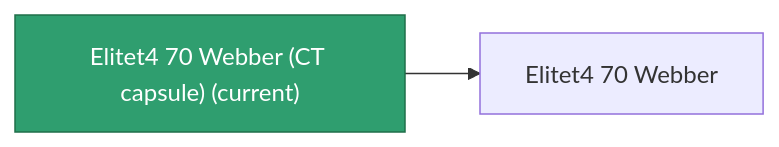
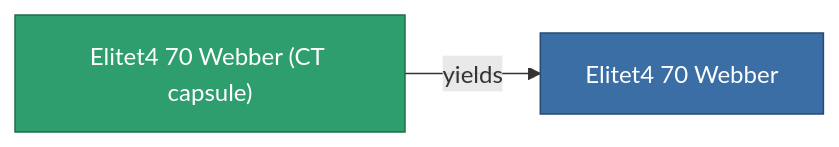
Before and after one commit to OpenPerpetuum/Wiki: the diagram in content/content/items/elitet4_70_webber_CT_capsule.md, drawn with Mermaid. The commit also changed other lines of this file and 2015 other files, not shown here.

````diff
--- a/content/content/items/elitet4_70_webber_CT_capsule.md
+++ b/content/content/items/elitet4_70_webber_CT_capsule.md
@@ -33,8 +33,9 @@
 ```mermaid
 graph LR
-    a["Elitet4 70 Webber (CT capsule) (current)"]:::current
-    b["Elitet4 70 Webber"]
-    a --> b
-    click b "/content/items/elitet4-70-webber/" "Elitet4 70 Webber"
+    a["Elitet4 70 Webber (CT capsule)"]:::current
+    b["Elitet4 70 Webber"]:::finished
+    a -->|yields| b
+                click b "/content/items/elitet4-70-webber/" "Elitet4 70 Webber"
     classDef current fill:#2f9e6f,stroke:#1f6f4a,color:#ffffff
+    classDef finished fill:#3b6ea5,stroke:#274a75,color:#ffffff
 ```
````
